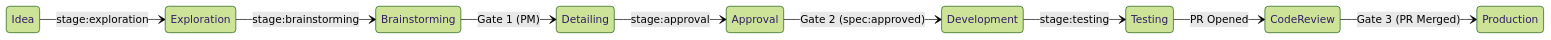
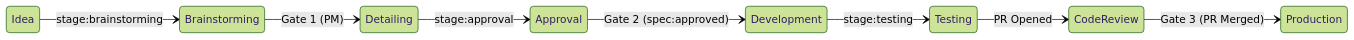
One commit to rafaeltcosta86/agentic-pdlc changed the diagram in docs/flow.md. Above: the diagram before and after it, drawn with Mermaid (forest theme). The commit also changed other lines of this file, not shown here.

Commit message:
feat: collapse exploration — remove Exploration step from flow.md

````diff
--- a/docs/flow.md
+++ b/docs/flow.md
@@ -5,12 +5,11 @@
 ```mermaid
 stateDiagram-v2
     direction LR
-    Idea --> Exploration : stage:exploration
-    Exploration --> Brainstorming : stage:brainstorming
+    Idea --> Brainstorming : stage:brainstorming
     Brainstorming --> Detailing : Gate 1 (PM)
     Detailing --> Approval : stage:approval
     Approval --> Development : Gate 2 (spec:approved)
     Development --> Testing : stage:testing
     Testing --> CodeReview : PR Opened
     CodeReview --> Production : Gate 3 (PR Merged)
 ```
````
